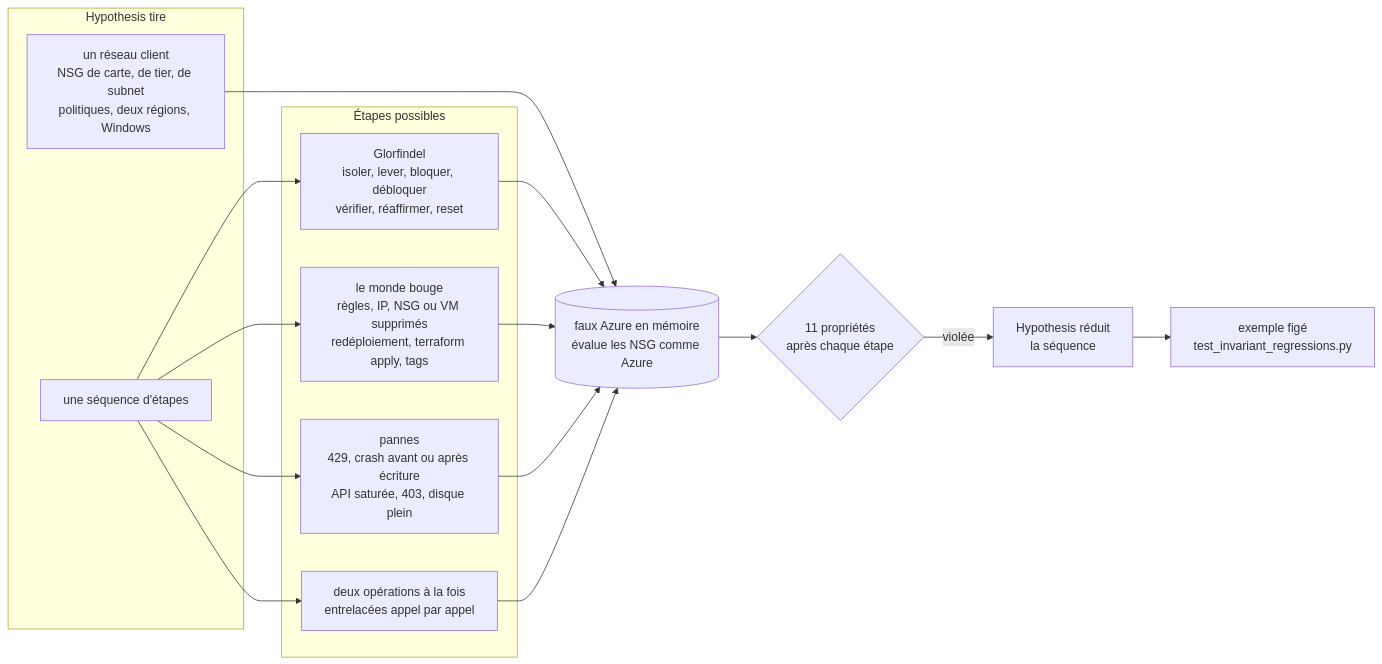
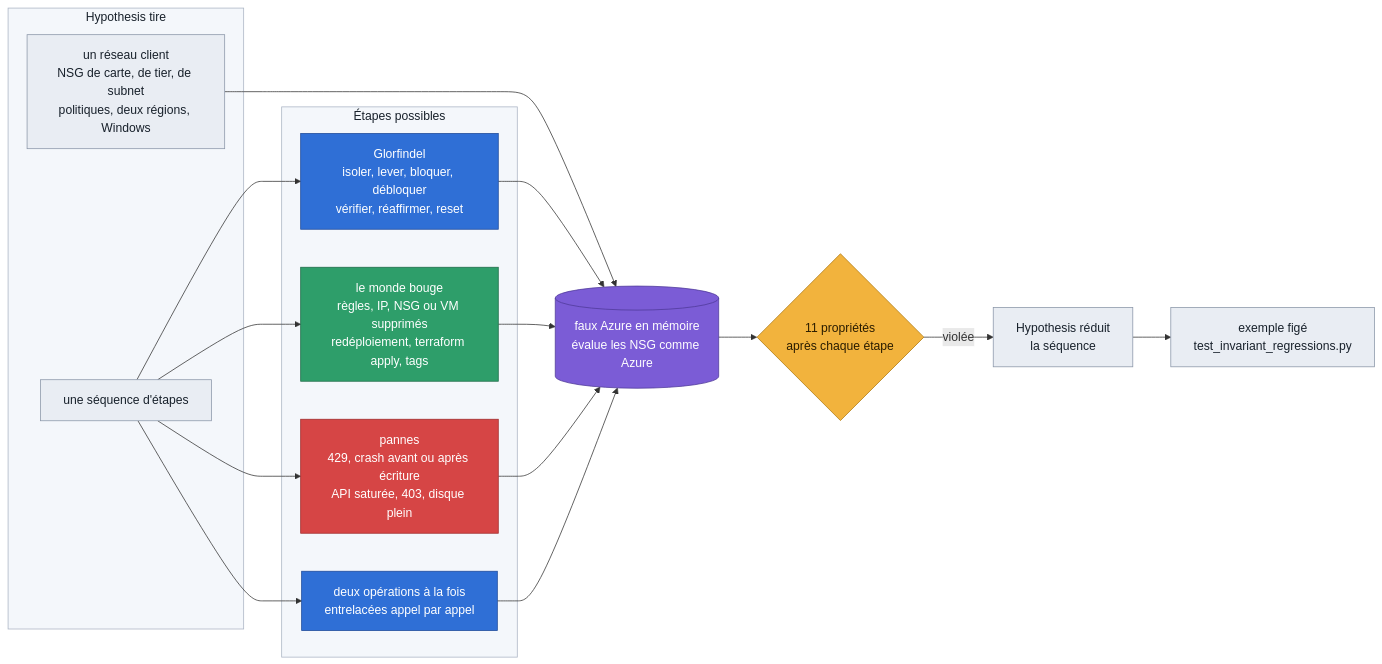
One commit to Vanyar53/eregion changed the second of 5 diagrams in docs/design/preuves.md. Above: the diagram before and after it, drawn with Mermaid. The commit also changed other lines of this file and 3 other files, not shown here.

````diff
--- a/docs/design/preuves.md
+++ b/docs/design/preuves.md
@@ -43,21 +53,35 @@
 ```mermaid
 flowchart LR
     subgraph Draw["Hypothesis tire"]
         N["un réseau client<br/>NSG de carte, de tier, de subnet<br/>politiques, deux régions, Windows"]
         Q["une séquence d'étapes"]
     end
     subgraph Steps["Étapes possibles"]
         O["Glorfindel<br/>isoler, lever, bloquer, débloquer<br/>vérifier, réaffirmer, reset"]
         Wd["le monde bouge<br/>règles, IP, NSG ou VM supprimés<br/>redéploiement, terraform apply, tags"]
         F["pannes<br/>429, crash avant ou après écriture<br/>API saturée, 403, disque plein"]
         Cc["deux opérations à la fois<br/>entrelacées appel par appel"]
     end
     FA[("faux Azure en mémoire<br/>évalue les NSG comme Azure")]
     P{"11 propriétés<br/>après chaque étape"}
     N --> FA
     Q --> O & Wd & F & Cc
     O & Wd & F & Cc --> FA
     FA --> P
     P -->|"violée"| SH["Hypothesis réduit<br/>la séquence"]
     SH --> REG["exemple figé<br/>test_invariant_regressions.py"]
+    classDef data fill:#e9edf3,stroke:#8a96a8,color:#18212b
+    classDef blue fill:#2f6fd6,stroke:#1d4a9a,color:#ffffff
+    classDef human fill:#2e9e6a,stroke:#1d6b47,color:#ffffff
+    classDef red fill:#d64545,stroke:#9e2a2a,color:#ffffff
+    classDef azure fill:#7b5cd6,stroke:#4f3a99,color:#ffffff
+    classDef guard fill:#f2b33d,stroke:#b07a12,color:#2b1d00
+    class N,Q,SH,REG data
+    class O,Cc blue
+    class Wd human
+    class F red
+    class FA azure
+    class P guard
+    style Draw fill:#f4f7fb,stroke:#aab4c3,color:#18212b
+    style Steps fill:#f4f7fb,stroke:#aab4c3,color:#18212b
 ```
````
